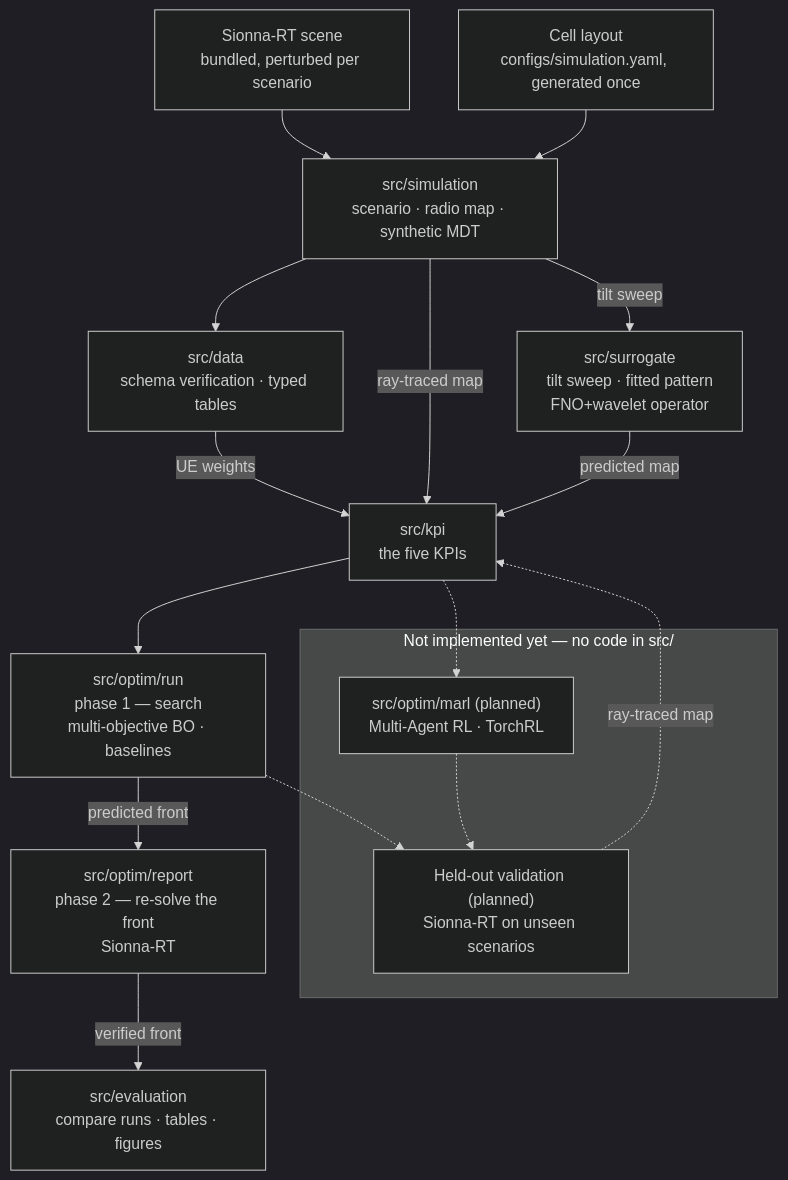
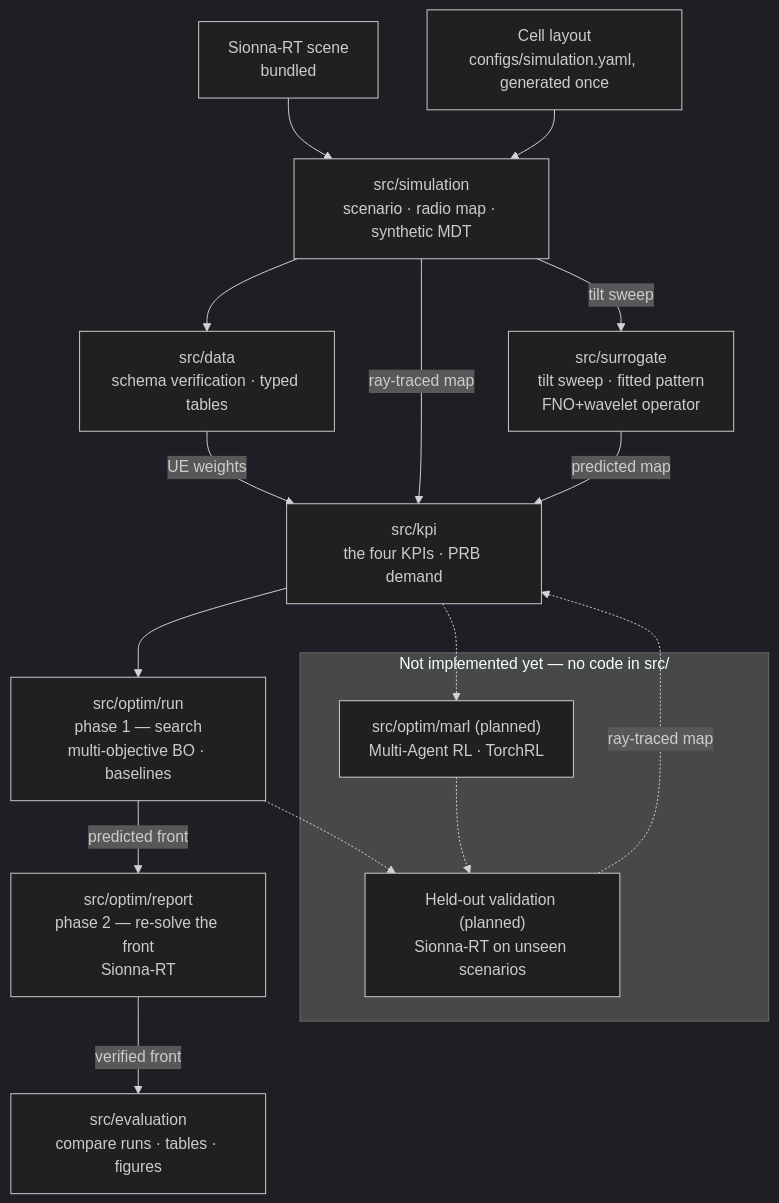
The diagram in README.md (NguyenVu04/band-tilt), drawn with Mermaid (dark theme) before and after one commit. The commit also changed other lines of this file and 49 other files, not shown here.

````diff
--- a/README.md
+++ b/README.md
@@ -91,33 +93,33 @@
 ```mermaid
 flowchart TB
-    scene["Sionna-RT scene<br/>bundled, perturbed per scenario"]
+    scene["Sionna-RT scene<br/>bundled"]
     cells["Cell layout<br/>configs/simulation.yaml, generated once"]
 
     sim["src/simulation<br/>scenario · radio map · synthetic MDT"]
     prep["src/data<br/>schema verification · typed tables"]
-    kpi["src/kpi<br/>the five KPIs"]
+    kpi["src/kpi<br/>the four KPIs · PRB demand"]
     opt["src/optim/run<br/>phase 1 — search<br/>multi-objective BO · baselines"]
     ver["src/optim/report<br/>phase 2 — re-solve the front<br/>Sionna-RT"]
     rep["src/evaluation<br/>compare runs · tables · figures"]
     sur["src/surrogate<br/>tilt sweep · fitted pattern<br/>FNO+wavelet operator"]
 
     subgraph future["Not implemented yet — no code in src/"]
         marl["src/optim/marl (planned)<br/>Multi-Agent RL · TorchRL"]
         val["Held-out validation (planned)<br/>Sionna-RT on unseen scenarios"]
     end
 
     scene --> sim
     cells --> sim
     sim --> prep
     sim -->|ray-traced map| kpi
     prep -->|UE weights| kpi
     kpi --> opt
     opt -->|predicted front| ver
     ver -->|verified front| rep
     sim -->|tilt sweep| sur
     sur -->|predicted map| kpi
     kpi -.-> marl
     opt -.-> val
     marl -.-> val
     val -.->|ray-traced map| kpi
 ```
````
